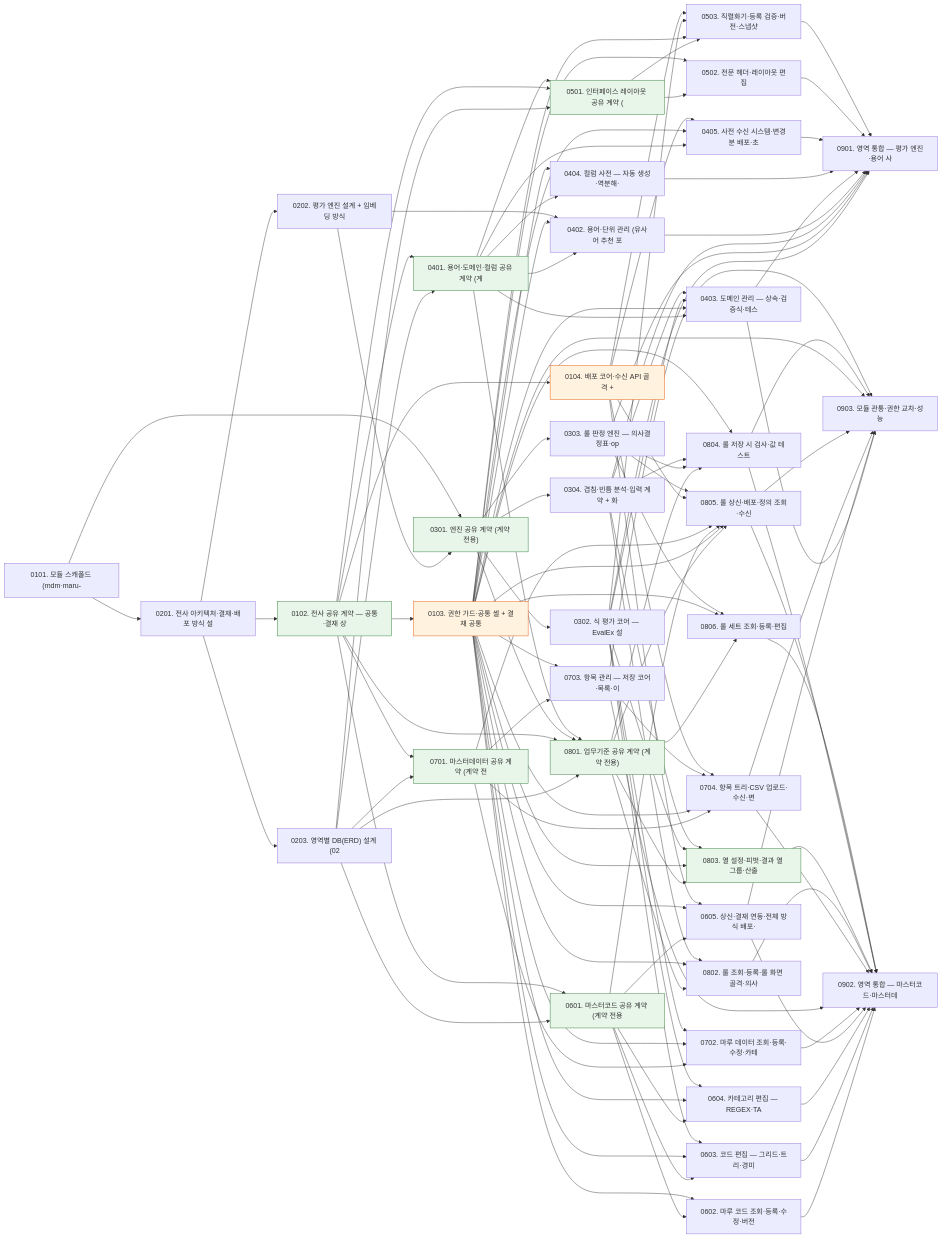
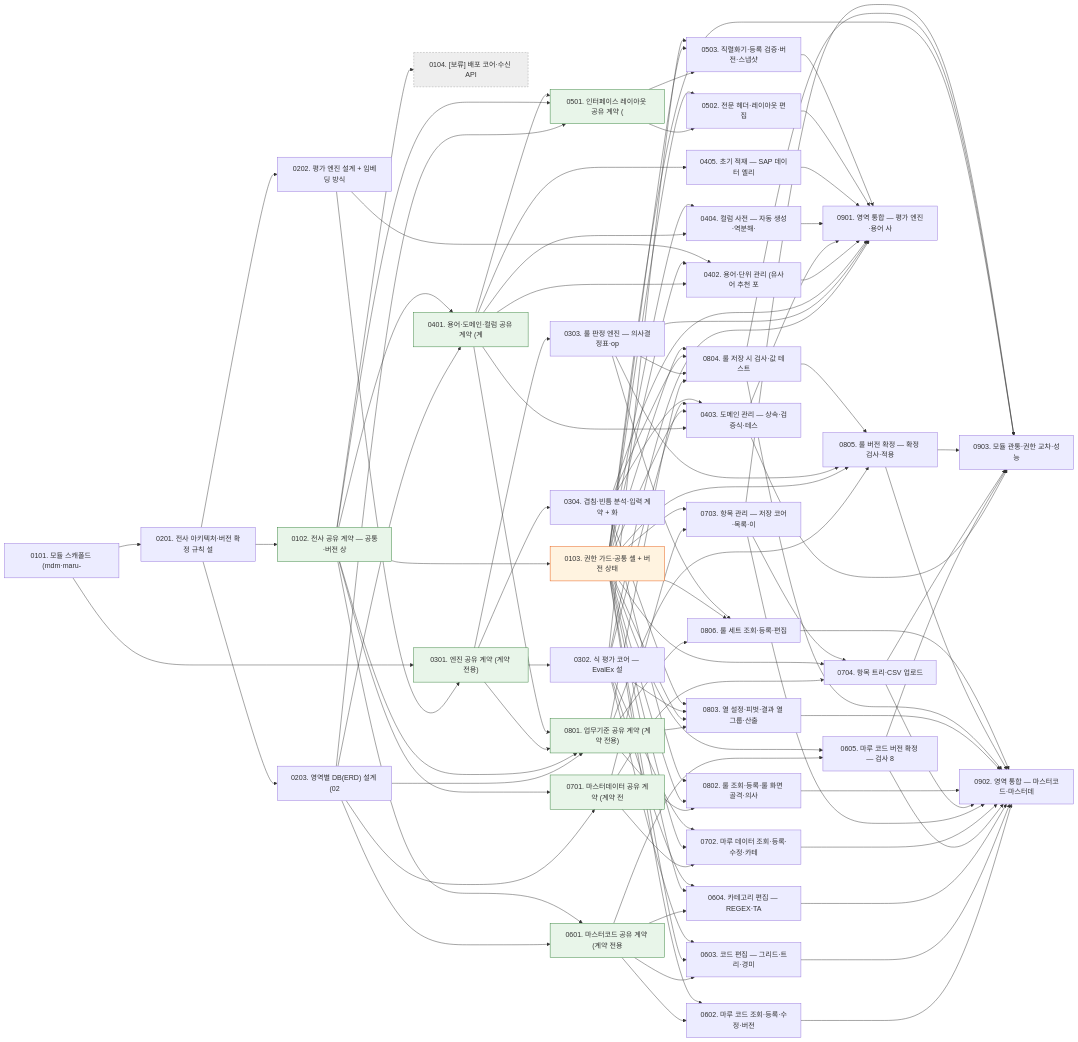
One commit to jongik-sv/dmes-standard changed the diagram in docs/mdm/wbs.md. Above: the diagram before and after it, drawn with Mermaid. The commit also changed other lines of this file and 3 other files, not shown here.

````diff
--- a/docs/mdm/wbs.md
+++ b/docs/mdm/wbs.md
@@ -1688,10 +1620,10 @@
 ```mermaid
 graph LR
   T0101["0101. 모듈 스캐폴드 (mdm·maru-"]
-  T0102["0102. 전사 공유 계약 — 공통·결재 상"]
-  T0103["0103. 권한 가드·공통 셸 + 결재 공통"]
-  T0104["0104. 배포 코어·수신 API 골격 + "]
-  T0201["0201. 전사 아키텍처·결재·배포 방식 설"]
+  T0102["0102. 전사 공유 계약 — 공통·버전 상"]
+  T0103["0103. 권한 가드·공통 셸 + 버전 상태"]
+  T0104["0104. [보류] 배포 코어·수신 API "]
+  T0201["0201. 전사 아키텍처·버전 확정 규칙 설"]
   T0202["0202. 평가 엔진 설계 + 임베딩 방식 "]
   T0203["0203. 영역별 DB(ERD) 설계 (02"]
   T0301["0301. 엔진 공유 계약 (계약 전용)"]
@@ -1702,7 +1634,7 @@
   T0402["0402. 용어·단위 관리 (유사어 추천 포"]
   T0403["0403. 도메인 관리 — 상속·검증식·테스"]
   T0404["0404. 컬럼 사전 — 자동 생성·역분해·"]
-  T0405["0405. 사전 수신 시스템·변경분 배포·초"]
+  T0405["0405. 초기 적재 — SAP 데이터 엘리"]
   T0501["0501. 인터페이스 레이아웃 공유 계약 ("]
   T0502["0502. 전문 헤더·레이아웃 편집"]
   T0503["0503. 직렬화기·등록 검증·버전·스냅샷 "]
@@ -1710,16 +1642,16 @@
   T0602["0602. 마루 코드 조회·등록·수정·버전"]
   T0603["0603. 코드 편집 — 그리드·트리·경미 "]
   T0604["0604. 카테고리 편집 — REGEX·TA"]
-  T0605["0605. 상신·결재 연동·전체 방식 배포·"]
+  T0605["0605. 마루 코드 버전 확정 — 검사 8"]
   T0701["0701. 마스터데이터 공유 계약 (계약 전"]
   T0702["0702. 마루 데이터 조회·등록·수정·카테"]
   T0703["0703. 항목 관리 — 저장 코어·목록·이"]
-  T0704["0704. 항목 트리·CSV 업로드·수신·변"]
+  T0704["0704. 항목 트리·CSV 업로드"]
   T0801["0801. 업무기준 공유 계약 (계약 전용)"]
   T0802["0802. 룰 조회·등록·룰 화면 골격·의사"]
   T0803["0803. 열 설정·피벗·결과 열 그룹·산출"]
   T0804["0804. 룰 저장 시 검사·값 테스트"]
-  T0805["0805. 룰 상신·배포·정의 조회·수신"]
+  T0805["0805. 룰 버전 확정 — 확정 검사·적용"]
   T0806["0806. 룰 세트 조회·등록·편집"]
   T0901["0901. 영역 통합 — 평가 엔진·용어 사"]
   T0902["0902. 영역 통합 — 마스터코드·마스터데"]
@@ -1747,8 +1679,6 @@
   T0401 --> T0404
   T0103 --> T0404
   T0401 --> T0405
-  T0103 --> T0405
-  T0104 --> T0405
   T0203 --> T0501
   T0102 --> T0501
   T0401 --> T0501
@@ -1757,7 +1687,6 @@
   T0501 --> T0503
   T0103 --> T0503
   T0302 --> T0503
-  T0104 --> T0503
   T0203 --> T0601
   T0102 --> T0601
   T0601 --> T0602
@@ -1770,7 +1699,6 @@
   T0302 --> T0604
   T0601 --> T0605
   T0103 --> T0605
-  T0104 --> T0605
   T0203 --> T0701
   T0102 --> T0701
   T0701 --> T0702
@@ -1781,7 +1709,6 @@
   T0701 --> T0704
   T0103 --> T0704
   T0703 --> T0704
-  T0104 --> T0704
   T0203 --> T0801
   T0102 --> T0801
   T0301 --> T0801
@@ -1799,10 +1726,8 @@
   T0103 --> T0804
   T0801 --> T0805
   T0103 --> T0805
-  T0601 --> T0805
-  T0701 --> T0805
-  T0104 --> T0805
   T0303 --> T0805
+  T0804 --> T0805
   T0801 --> T0806
   T0103 --> T0806
   T0303 --> T0806
@@ -1841,7 +1766,6 @@
   style T0601 fill:#e8f5e9,stroke:#2e7d32
   style T0701 fill:#e8f5e9,stroke:#2e7d32
   style T0801 fill:#e8f5e9,stroke:#2e7d32
-  style T0803 fill:#e8f5e9,stroke:#2e7d32
   style T0103 fill:#fff3e0,stroke:#e65100
-  style T0104 fill:#fff3e0,stroke:#e65100
+  style T0104 fill:#eeeeee,stroke:#9e9e9e,stroke-dasharray: 4 3
 ```
````
